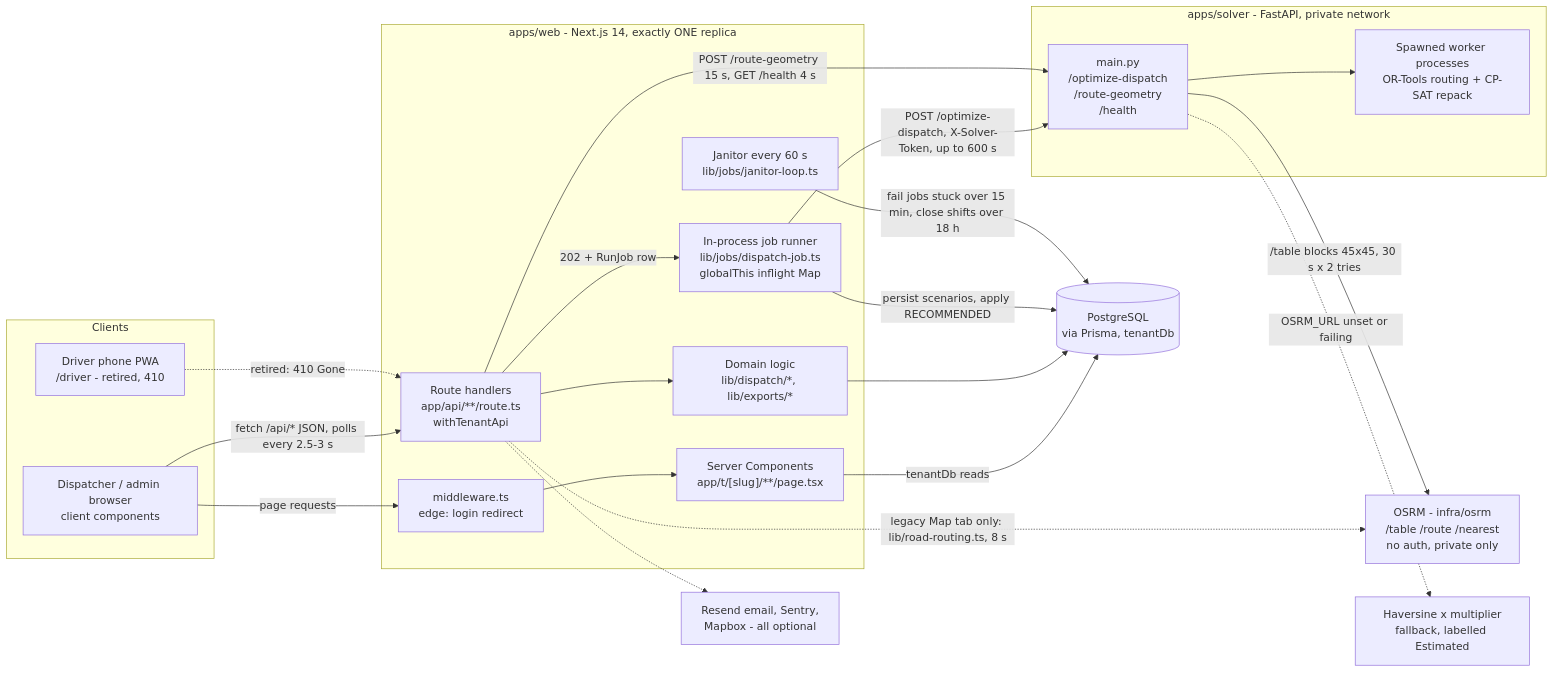
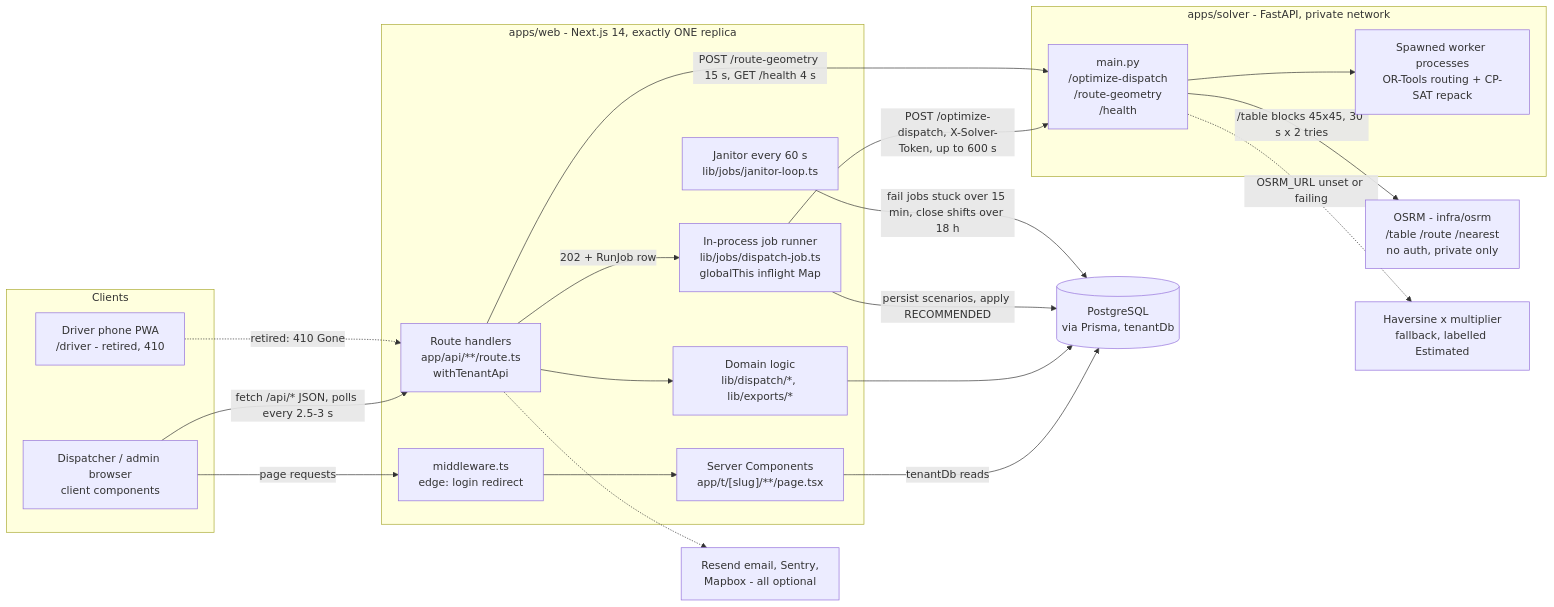
The first of 7 diagrams in docs/PROJECT_HANDBOOK.md (rahmanmansoori244-droid/routeiq), drawn with Mermaid before and after one commit. The commit also changed other lines of this file and 13 other files, not shown here.

````diff
--- a/docs/PROJECT_HANDBOOK.md
+++ b/docs/PROJECT_HANDBOOK.md
@@ -316,39 +320,38 @@
 ```mermaid
 flowchart LR
   subgraph Clients
     B["Dispatcher / admin browser<br/>client components"]
     D["Driver phone PWA<br/>/driver - retired, 410"]
   end
   subgraph WEB["apps/web - Next.js 14, exactly ONE replica"]
     MW["middleware.ts<br/>edge: login redirect"]
     RSC["Server Components<br/>app/t/[slug]/**/page.tsx"]
     API["Route handlers<br/>app/api/**/route.ts<br/>withTenantApi"]
     SVC["Domain logic<br/>lib/dispatch/*, lib/exports/*"]
     JOB["In-process job runner<br/>lib/jobs/dispatch-job.ts<br/>globalThis inflight Map"]
     JAN["Janitor every 60 s<br/>lib/jobs/janitor-loop.ts"]
   end
   DB[("PostgreSQL<br/>via Prisma, tenantDb")]
   subgraph SOLVER["apps/solver - FastAPI, private network"]
     EP["main.py<br/>/optimize-dispatch<br/>/route-geometry<br/>/health"]
     WK["Spawned worker processes<br/>OR-Tools routing + CP-SAT repack"]
   end
   OSRM["OSRM - infra/osrm<br/>/table /route /nearest<br/>no auth, private only"]
   HAV["Haversine x multiplier<br/>fallback, labelled Estimated"]
   EXT["Resend email, Sentry,<br/>Mapbox - all optional"]
 
   B -- "page requests" --> MW --> RSC
   B -- "fetch /api/* JSON, polls every 2.5-3 s" --> API
   D -. "retired: 410 Gone" .-> API
   RSC -- "tenantDb reads" --> DB
   API --> SVC --> DB
   API -- "202 + RunJob row" --> JOB
   JOB -- "POST /optimize-dispatch, X-Solver-Token, up to 600 s" --> EP
   API -- "POST /route-geometry 15 s, GET /health 4 s" --> EP
   EP --> WK
   EP -- "/table blocks 45x45, 30 s x 2 tries" --> OSRM
   EP -. "OSRM_URL unset or failing" .-> HAV
   JOB -- "persist scenarios, apply RECOMMENDED" --> DB
   JAN -- "fail jobs stuck over 15 min, close shifts over 18 h" --> DB
-  API -. "legacy Map tab only: lib/road-routing.ts, 8 s" .-> OSRM
   API -.-> EXT
 ```
````
